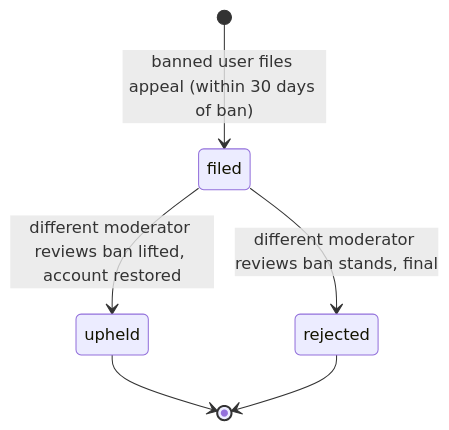
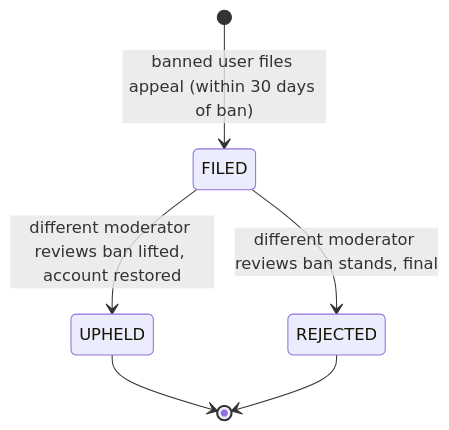
The fifth of 6 diagrams in docs/5 - State Machines.md (Iarylkin/proFinder_backend), drawn with Mermaid before and after one commit. The commit also changed other lines of this file and 12 other files, not shown here.

````diff
--- a/docs/5 - State Machines.md
+++ b/docs/5 - State Machines.md
@@ -102,10 +102,10 @@
 ```mermaid
 stateDiagram-v2
-    [*] --> filed: banned user files appeal (within 30 days of ban)
+    [*] --> FILED: banned user files appeal (within 30 days of ban)
 
-    filed --> upheld: different moderator reviews ban lifted, account restored
-    filed --> rejected: different moderator reviews ban stands, final
+    FILED --> UPHELD: different moderator reviews ban lifted, account restored
+    FILED --> REJECTED: different moderator reviews ban stands, final
 
-    upheld --> [*]
-    rejected --> [*]
+    UPHELD --> [*]
+    REJECTED --> [*]
 ```
````
